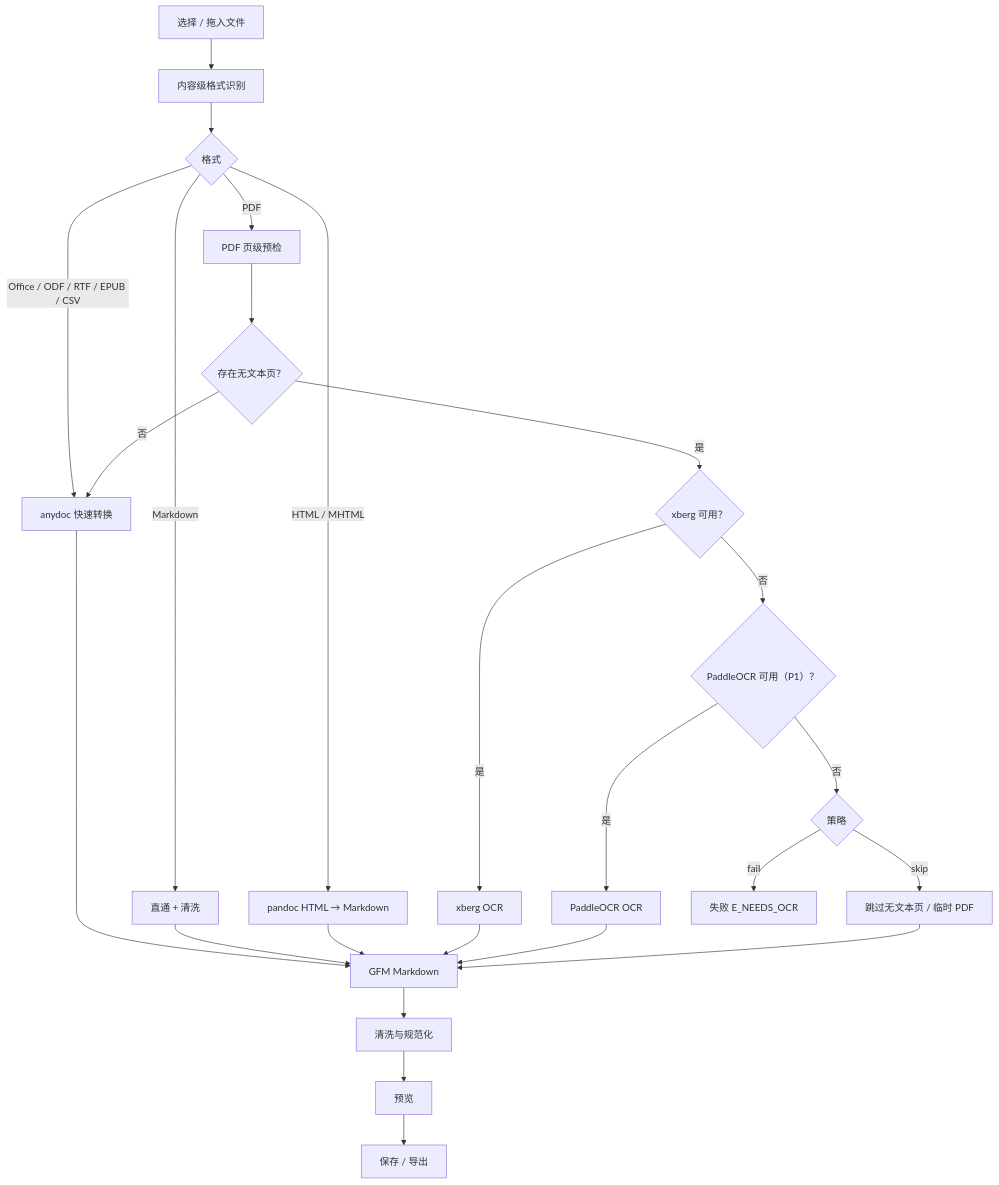
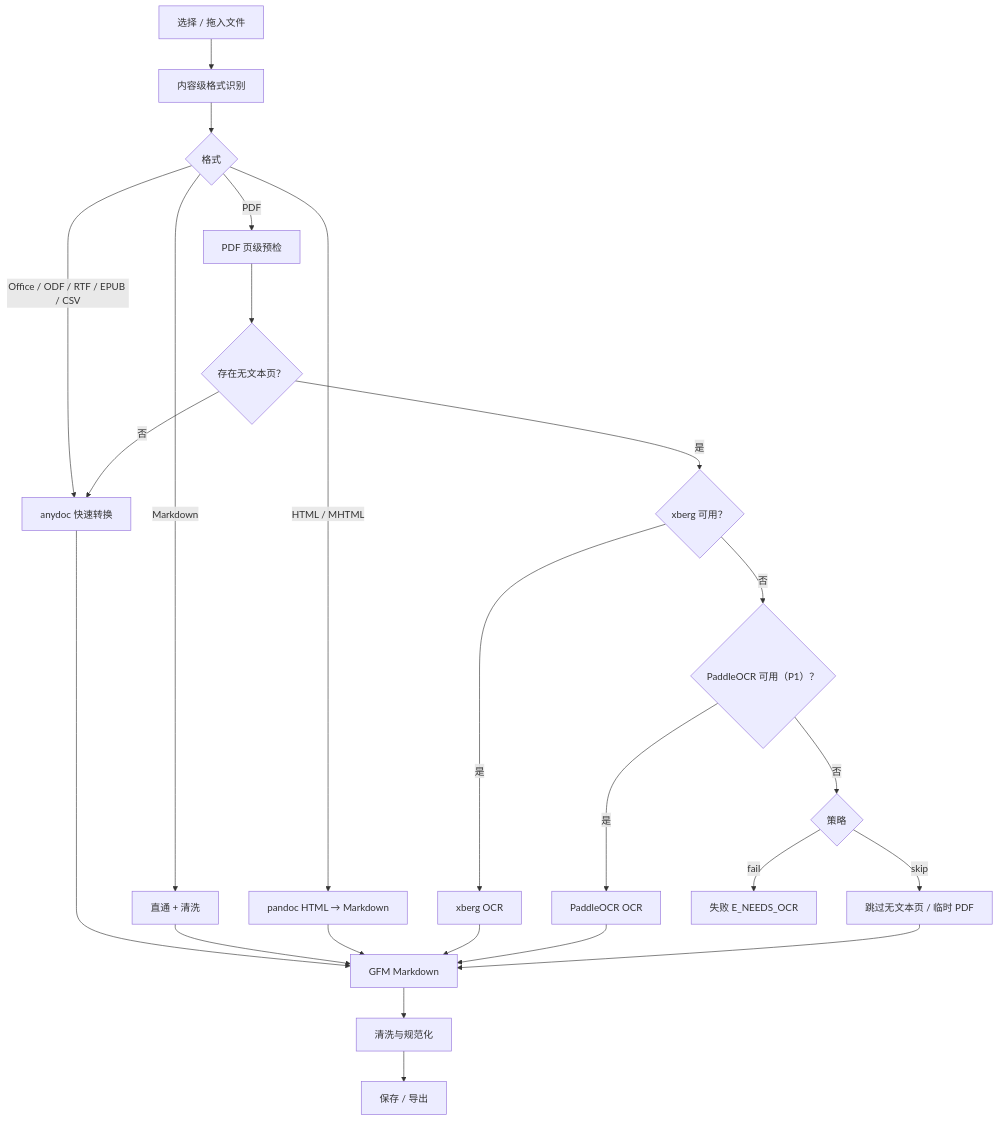
The second of 21 diagrams in docs/superpowers/软件功能设计说明.md (987763485/ManoDoc), drawn with Mermaid before and after one commit. The commit also changed other lines of this file and 25 other files, not shown here.

````diff
--- a/docs/superpowers/软件功能设计说明.md
+++ b/docs/superpowers/软件功能设计说明.md
@@ -215,27 +219,26 @@
 ```mermaid
 flowchart TD
   A["选择 / 拖入文件"] --> B["内容级格式识别"]
   B --> C{"格式"}
   C -->|"Office / ODF / RTF / EPUB / CSV"| D["anydoc 快速转换"]
   C -->|"Markdown"| E["直通 + 清洗"]
   C -->|"HTML / MHTML"| F["pandoc HTML → Markdown"]
   C -->|"PDF"| G["PDF 页级预检"]
   G --> H{"存在无文本页？"}
   H -->|"否"| D
   H -->|"是"| I{"xberg 可用？"}
   I -->|"是"| J["xberg OCR"]
   I -->|"否"| K{"PaddleOCR 可用（P1）？"}
   K -->|"是"| L["PaddleOCR OCR"]
   K -->|"否"| M{"策略"}
   M -->|"skip"| N["跳过无文本页 / 临时 PDF"]
   M -->|"fail"| O["失败 E_NEEDS_OCR"]
   D --> P["GFM Markdown"]
   E --> P
   F --> P
   J --> P
   L --> P
   N --> P
   P --> Q["清洗与规范化"]
-  Q --> R["预览"]
-  R --> S["保存 / 导出"]
+  Q --> S["保存 / 导出"]
 ```
````
